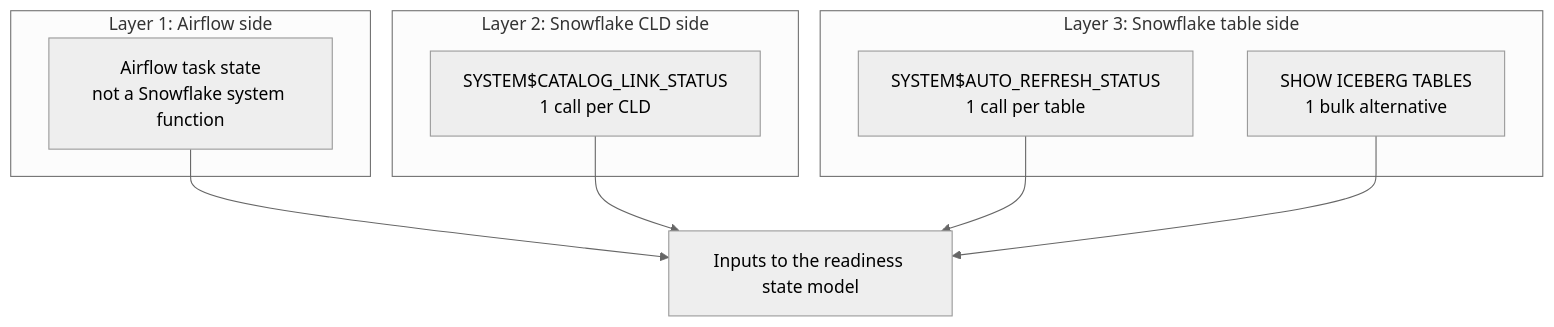
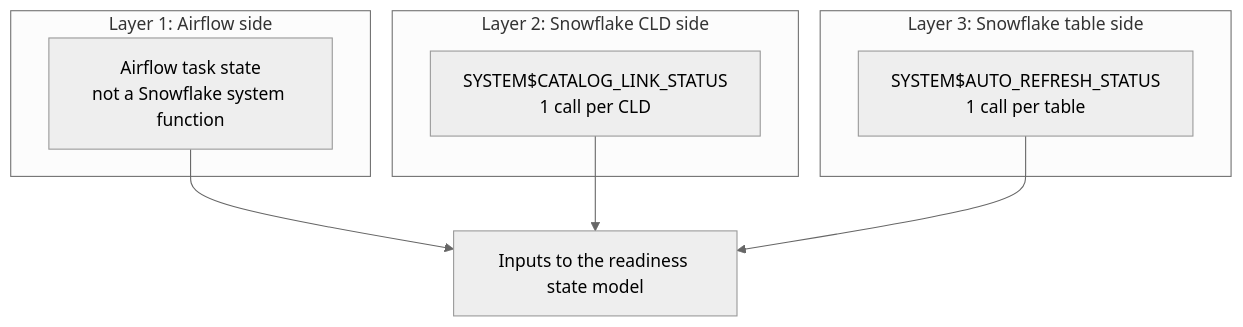
Before and after one commit to dymytryo/airflow: the diagram in observability/dbt_source_readiness/README.md, drawn with Mermaid (neutral theme). The commit also changed other lines of this file, not shown here.

Commit message:
Separate Airflow and Iceberg controls

````diff
--- a/observability/dbt_source_readiness/README.md
+++ b/observability/dbt_source_readiness/README.md
@@ -9,20 +9,18 @@
 ```mermaid
 flowchart TB
     subgraph producer["Layer 1: Airflow side"]
         airflow["Airflow task state<br/>not a Snowflake system function"]
     end
 
     subgraph cld["Layer 2: Snowflake CLD side"]
         link["SYSTEM$CATALOG_LINK_STATUS<br/>1 call per CLD"]
     end
 
     subgraph tables["Layer 3: Snowflake table side"]
         refresh["SYSTEM$AUTO_REFRESH_STATUS<br/>1 call per table"]
-        batch["SHOW ICEBERG TABLES<br/>1 bulk alternative"]
     end
 
     airflow --> state["Inputs to the readiness state model"]
     link --> state
     refresh --> state
-    batch --> state
 ```
````
